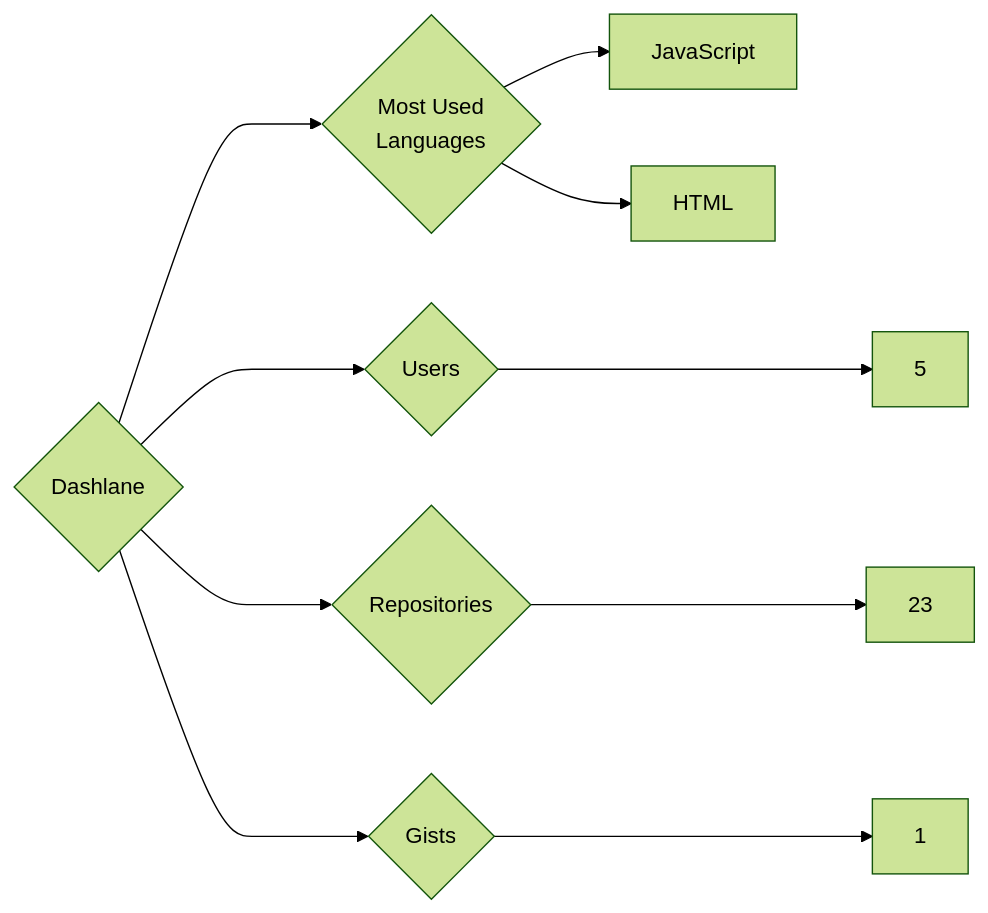
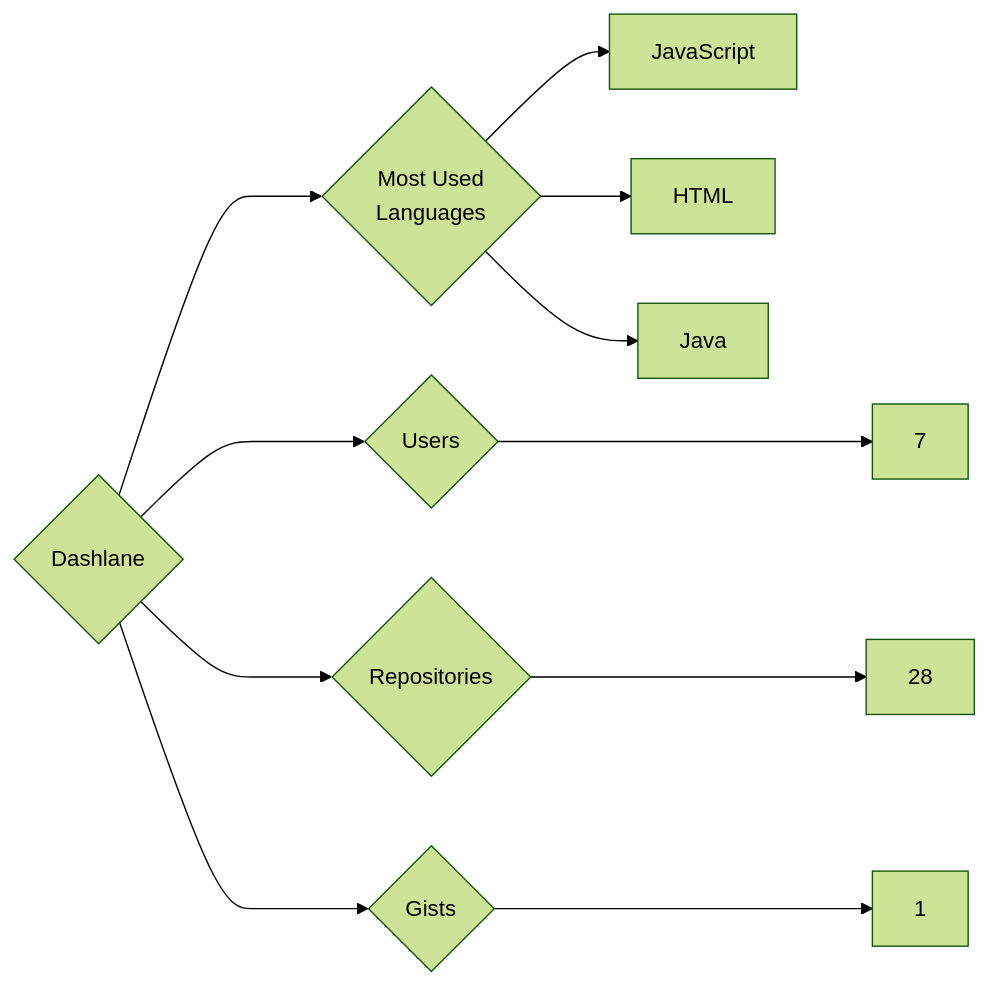
One commit to trickest/insiders changed the diagram in targets/Dashlane/README.md. Above: the diagram before and after it, drawn with Mermaid (forest theme). The commit also changed 1092 other files, not shown here.

````diff
--- a/targets/Dashlane/README.md
+++ b/targets/Dashlane/README.md
@@ -3,10 +3,11 @@
 ```mermaid
 graph LR
 COMPANY_NAME{Dashlane}
-COMPANY_NAME ---> U{Users} ---> UN[5]
-COMPANY_NAME ---> R{Repositories} ---> RN[23]
+COMPANY_NAME ---> U{Users} ---> UN[7]
+COMPANY_NAME ---> R{Repositories} ---> RN[28]
 COMPANY_NAME ---> G{Gists} ---> GN[1]
 COMPANY_NAME ---> ML{Most Used<br>Languages}
 ML --> JavaScript[JavaScript]
 ML --> HTML[HTML]
+ML --> Java[Java]
 ```
````
